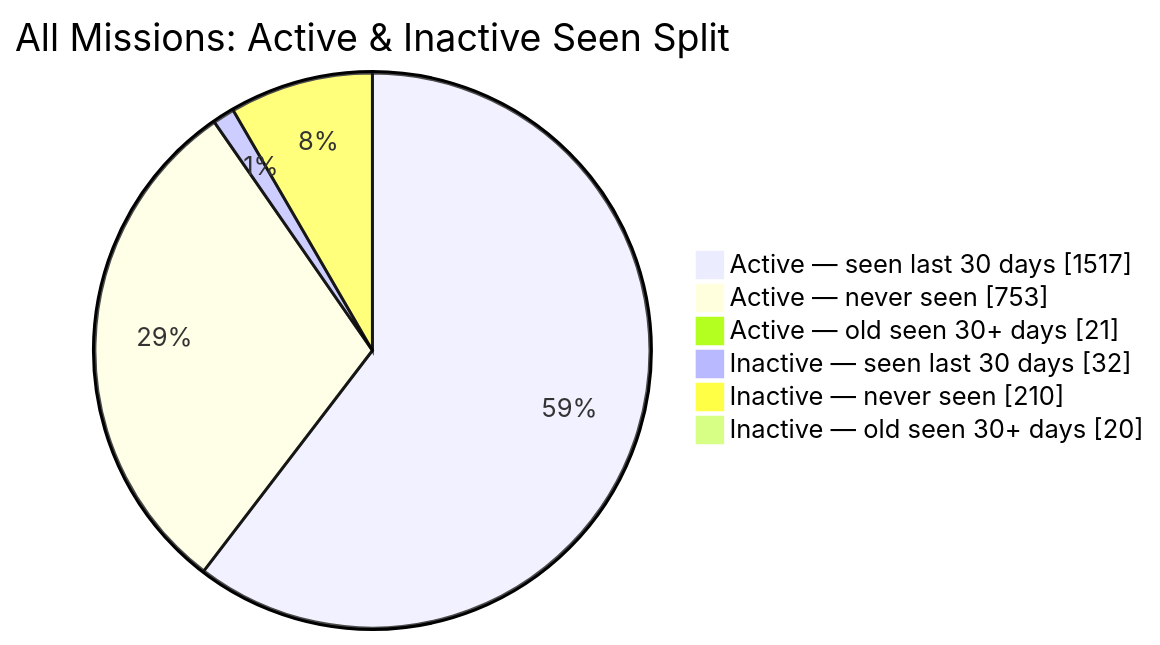
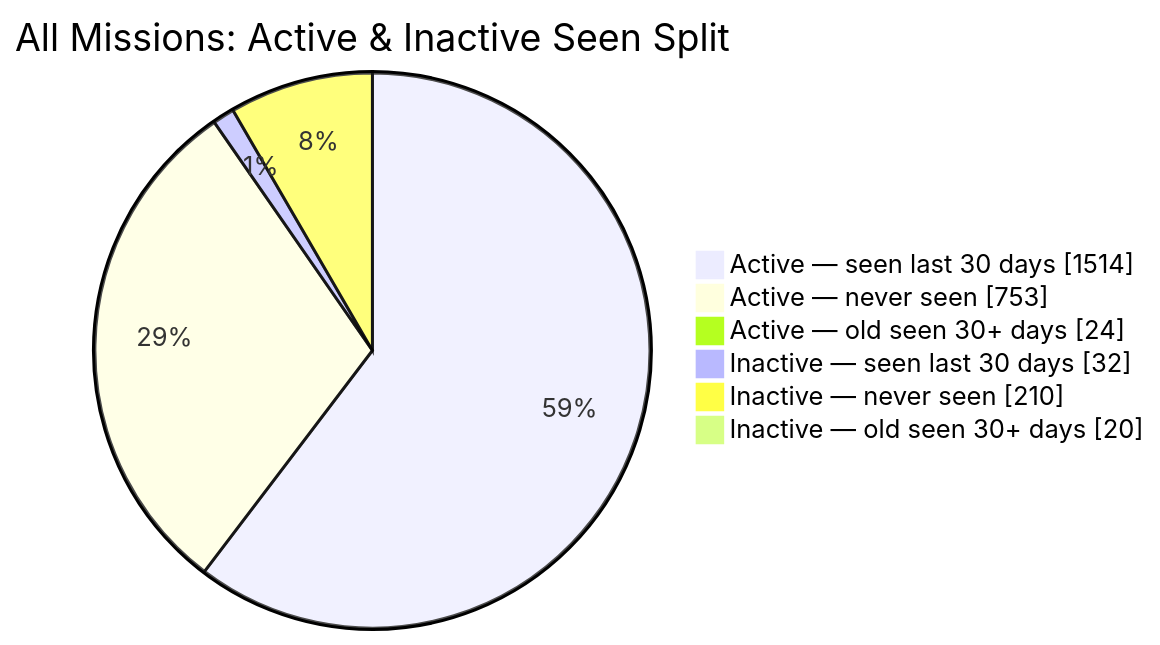
The second of 2 diagrams in README.md (MeldkamerspelGameTeam/active-missions), drawn with Mermaid before and after one commit. The commit also changed other lines of this file and 2 other files, not shown here.

````diff
--- a/README.md
+++ b/README.md
@@ -44,10 +44,10 @@
 ```mermaid
 pie showData
     title All Missions: Active & Inactive Seen Split
-    "Active — seen last 30 days" : 1517
+    "Active — seen last 30 days" : 1514
     "Active — never seen" : 753
-    "Active — old seen 30+ days" : 21
+    "Active — old seen 30+ days" : 24
     "Inactive — seen last 30 days" : 32
     "Inactive — never seen" : 210
     "Inactive — old seen 30+ days" : 20
 ```
````
